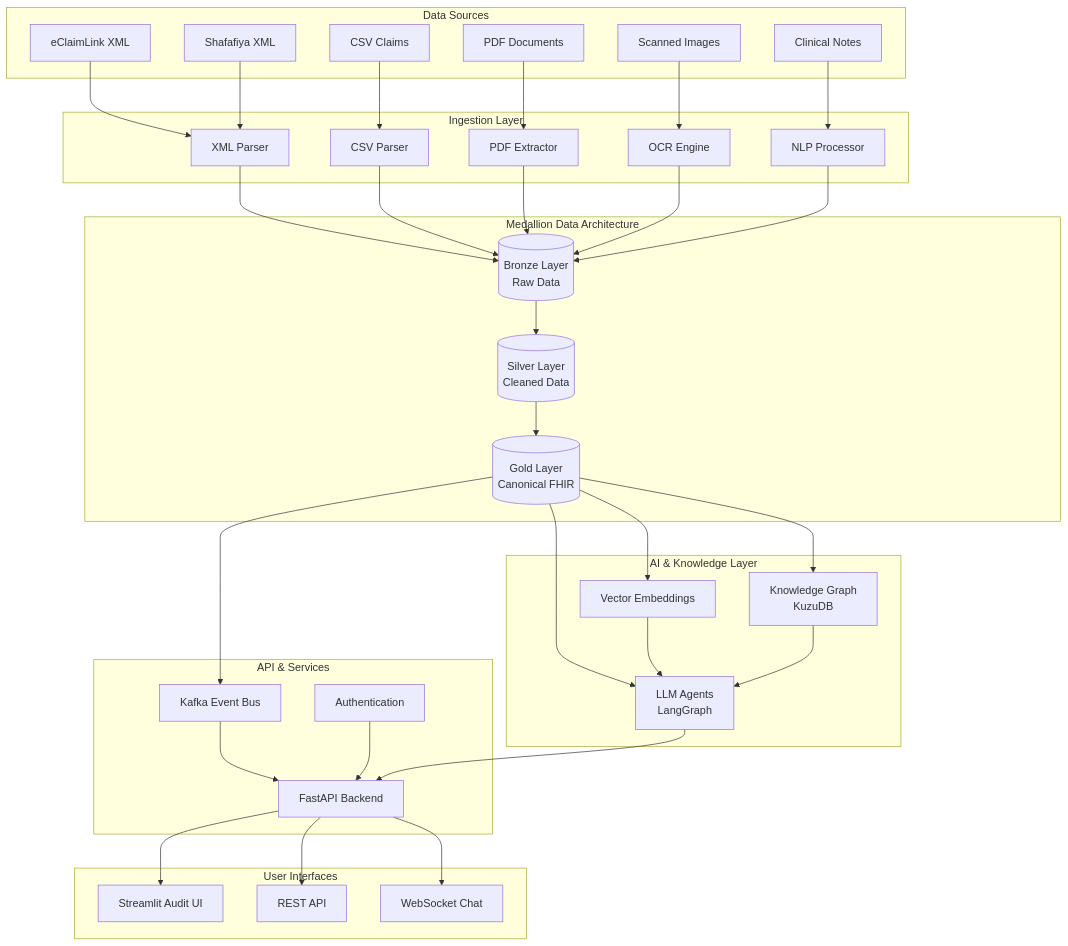
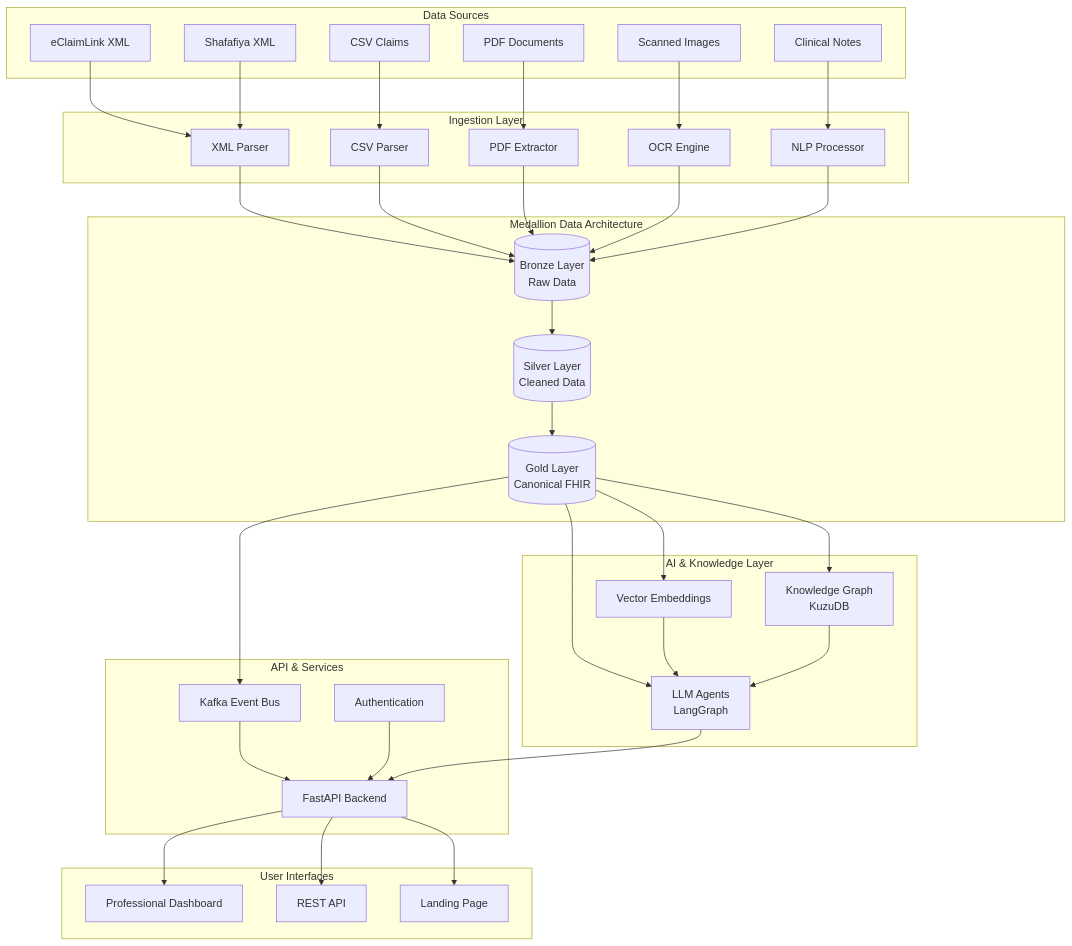
Before and after one commit to kargarisaac/preauth-healthcare-ai-triage: the diagram in docs/ARCHITECTURE.md, drawn with Mermaid. The commit also changed other lines of this file and 76 other files, not shown here.

````diff
--- a/docs/ARCHITECTURE.md
+++ b/docs/ARCHITECTURE.md
@@ -9,75 +9,75 @@
 ```mermaid
 flowchart TB
     subgraph "Data Sources"
         A[eClaimLink XML]
         B[Shafafiya XML]
         C[CSV Claims]
         D[PDF Documents]
         E[Scanned Images]
         F[Clinical Notes]
     end
 
     subgraph "Ingestion Layer"
         G[XML Parser]
         H[CSV Parser]
         I[PDF Extractor]
         J[OCR Engine]
         K[NLP Processor]
     end
 
     subgraph "Medallion Data Architecture"
         L[(Bronze Layer<br/>Raw Data)]
         M[(Silver Layer<br/>Cleaned Data)]
         N[(Gold Layer<br/>Canonical FHIR)]
     end
 
     subgraph "AI & Knowledge Layer"
         O[Vector Embeddings]
         P[Knowledge Graph<br/>KuzuDB]
         Q[LLM Agents<br/>LangGraph]
     end
 
     subgraph "API & Services"
         R[FastAPI Backend]
         S[Kafka Event Bus]
         T[Authentication]
     end
 
     subgraph "User Interfaces"
-        U[Streamlit Audit UI]
+        U[Professional Dashboard]
         V[REST API]
-        W[WebSocket Chat]
+        W[Landing Page]
     end
 
     A --> G
     B --> G
     C --> H
     D --> I
     E --> J
     F --> K
 
     G --> L
     H --> L
     I --> L
     J --> L
     K --> L
 
     L --> M
     M --> N
 
     N --> O
     N --> P
     N --> Q
 
     N --> S
     O --> Q
     P --> Q
 
     R --> U
     R --> V
     R --> W
     S --> R
     T --> R
 
     Q --> R
 ```
````
